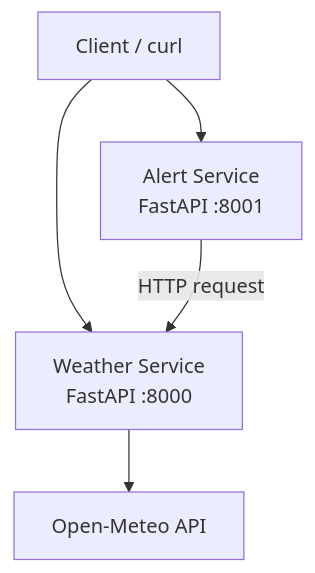
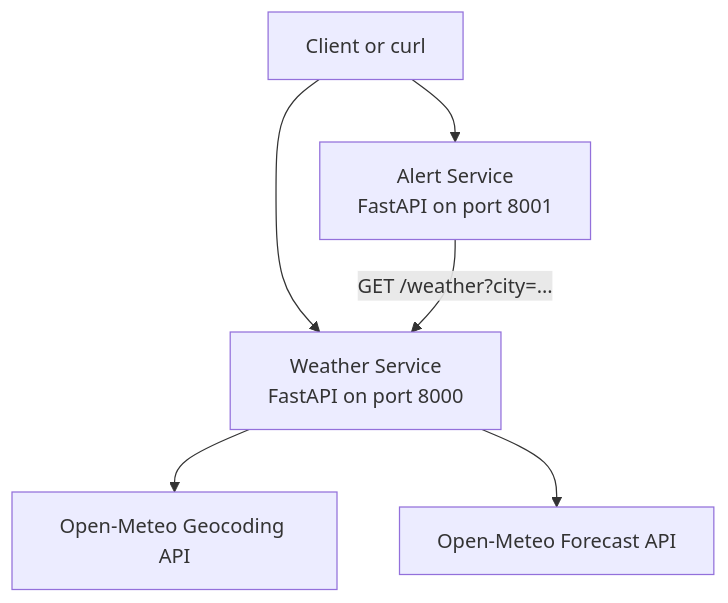
Before and after one commit to bmeshun-star/weather-api: the first of 3 diagrams in README.md, drawn with Mermaid. The commit also changed other lines of this file, not shown here.

Commit message:
Improve Weather API README

````diff
--- a/README.md
+++ b/README.md
@@ -32,7 +117,8 @@
 ```mermaid
 flowchart TD
-    User[Client / curl] --> Weather[Weather Service<br/>FastAPI :8000]
-    User --> Alert[Alert Service<br/>FastAPI :8001]
-    Weather --> OpenMeteo[Open-Meteo API]
-    Alert -->|HTTP request| Weather
+    Client[Client or curl] --> Weather[Weather Service<br/>FastAPI on port 8000]
+    Client --> Alert[Alert Service<br/>FastAPI on port 8001]
+    Weather --> Geocoding[Open-Meteo Geocoding API]
+    Weather --> Forecast[Open-Meteo Forecast API]
+    Alert -->|GET /weather?city=...| Weather
 ```
````
